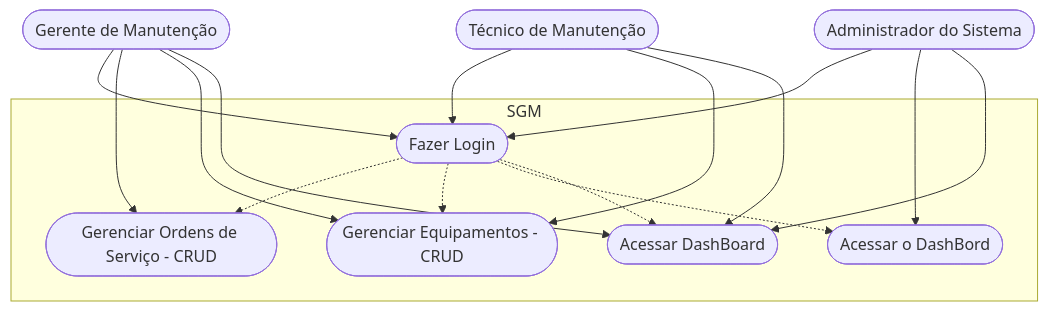
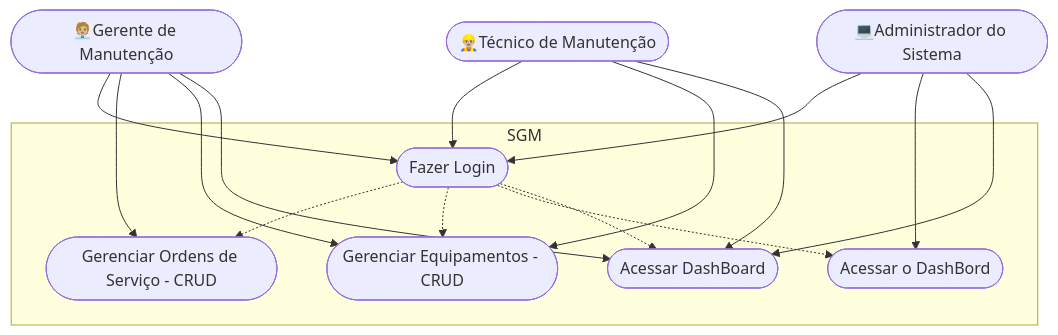
The second of 3 diagrams in Frameworks/Next/formativa-sgm/README.md (Isabela959/FrontEnd), drawn with Mermaid before and after one commit. The commit also changed other lines of this file, not shown here.

````diff
--- a/Frameworks/Next/formativa-sgm/README.md
+++ b/Frameworks/Next/formativa-sgm/README.md
@@ -102,35 +102,35 @@
 ```mermaid
 
 graph TD
 
     subgraph "SGM"
         caso1([Fazer Login])
         caso2([Gerenciar Ordens de Serviço - CRUD])
         caso3([Gerenciar Equipamentos - CRUD])
         caso4([Gerenciar Usuários])
         caso4([Acessar o DashBord])
         caso5([Acessar DashBoard])
     end
 
-    Tecnico([Técnico de Manutenção])
-    Gerente([Gerente de Manutenção])
-    Admin([Administrador do Sistema])
+    Tecnico([👷🏼‍♂️Técnico de Manutenção])
+    Gerente([🧑🏼‍💼Gerente de Manutenção])
+    Admin([💻Administrador do Sistema])
 
     Tecnico --> caso1
     Tecnico --> caso3
     Tecnico --> caso5
 
     Gerente --> caso1
     Gerente --> caso2
     Gerente --> caso3
     Gerente --> caso5
 
     Admin --> caso1
     Admin --> caso4
     Admin --> caso5
 
     caso1 -.-> caso2
     caso1 -.-> caso3
     caso1 -.-> caso4
     caso1 -.-> caso5
 ```
````
